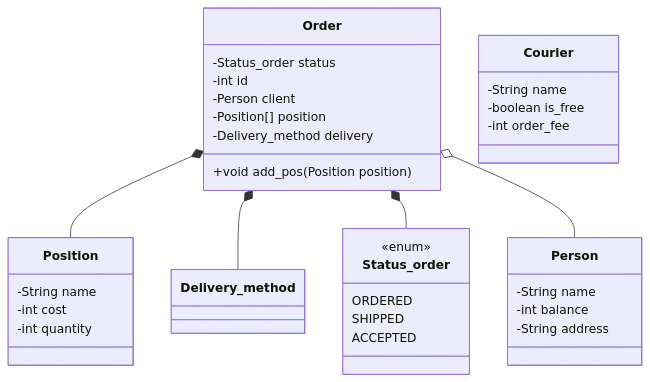
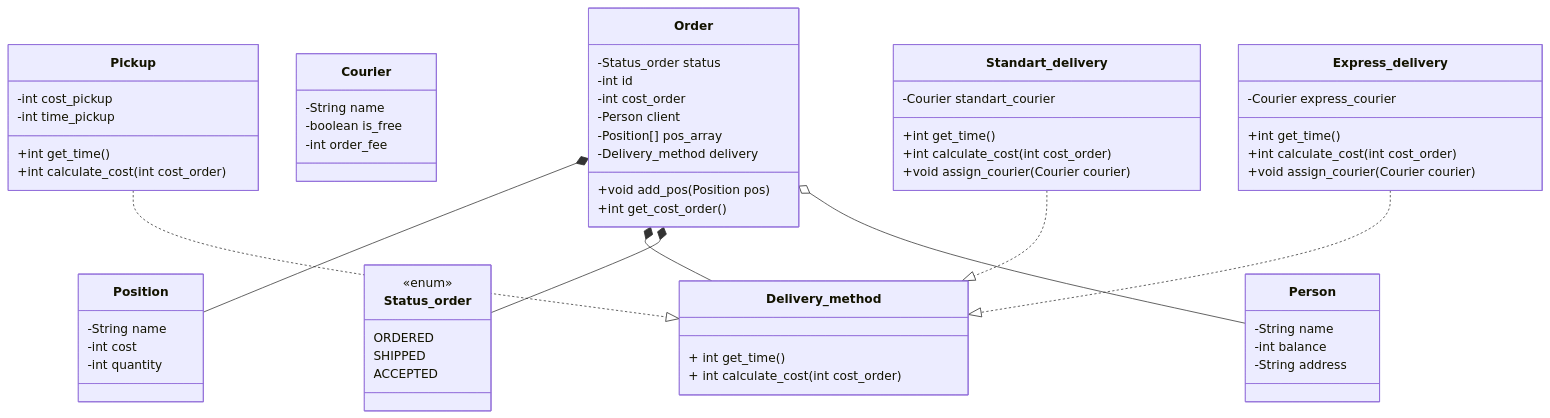
One commit to kirillkushaev2007-boop/Labaratory1 changed the diagram in README.md. Above: the diagram before and after it, drawn with Mermaid.

Commit message:
Update README.md
design data models, order core, and delivery polymorphism

````diff
--- a/README.md
+++ b/README.md
@@ -1,45 +1,79 @@
 ```mermaid
 classDiagram
    %% Перечисление статусов (Statuses)
     class Status_order{
         <<enum>>
         ORDERED
         SHIPPED
         ACCEPTED
     }
     %% Позиция заказа (Position)
     class Position{
         -String name
         -int cost
         -int quantity
    }
    %% Клиент (Person)
    class Person{
        -String name
        -int balance
        -String address
    }
    %% Заказ (Order)
    class Order {
       -Status_order status
       -int id
+      -int cost_order
       -Person client
-      -Position[] position
+      -Position[] pos_array
       -Delivery_method delivery
-      +void add_pos(Position position)
+      +void add_pos(Position pos)
          %%Добавляет позицию в заказ
+      +int get_cost_order()
+         %%Считает стоимость всего заказа
    }
    %% Курьер (Courier)
    class Courier {
       -String name
       -boolean is_free
          %%Статус незанятости (true-свободен, false-занят)
       -int order_fee
          %%Зарплата за заказ
    }
+   %% Интерфейс доставки (Delivery_method)
+   class Delivery_method {
+      + int get_time()
+      + int calculate_cost (int cost_order)
+   }
+   %% Самовывоз (Pickup)
+   class Pickup{
+      -int cost_pickup
+      -int time_pickup
+      +int get_time()
+      +int calculate_cost (int cost_order)
+   }
+   %% Стандартная доставка (Standart_delivery)
+   class Standart_delivery {
+      -Courier standart_courier
+         %% Изначально может быть null
+      +int get_time()
+      +int calculate_cost (int cost_order)
+      +void assign_courier(Courier courier)
+   }
+    %% Экспресс доставка (Express_delivery)
+   class Express_delivery {
+      -Courier express_courier
+         %% Изначально может быть null
+      +int get_time()
+      +int calculate_cost (int cost_order)
+      +void assign_courier(Courier courier)
+   }
 
    Order *-- Position
    Order *-- Delivery_method
    Order *-- Status_order
    Order o-- Person
+   Pickup ..|> Delivery_method
+   Standart_delivery ..|> Delivery_method
+   Express_delivery ..|> Delivery_method
 ```
````
